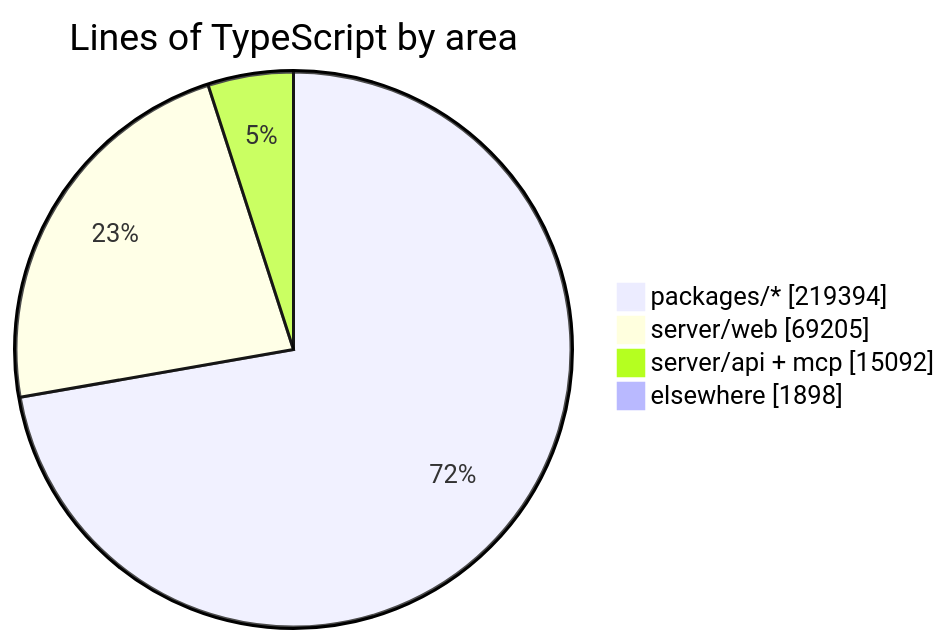
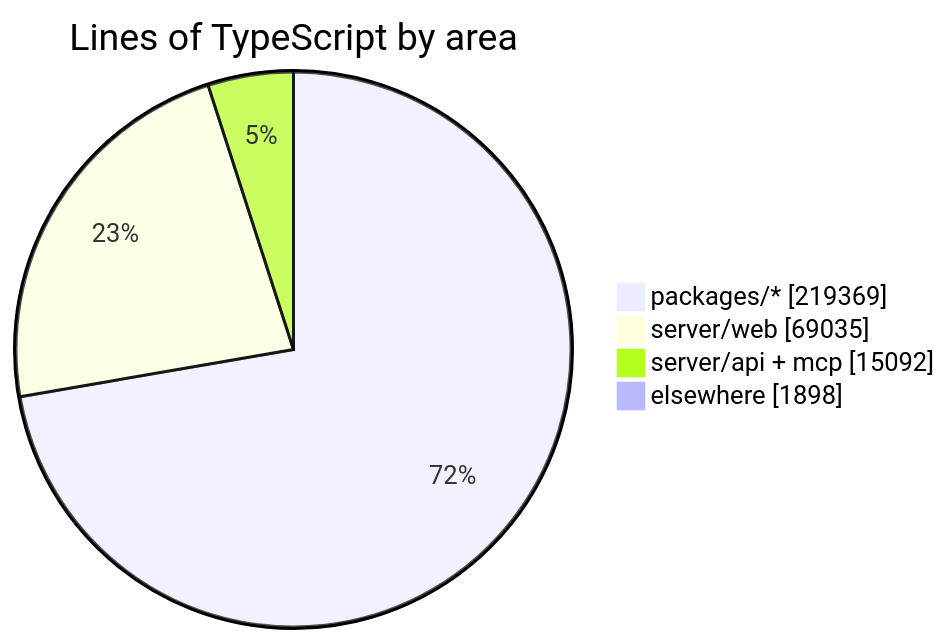
Before and after one commit to crossworks-engineering/mantle: the diagram in README.md, drawn with Mermaid. The commit also changed other lines of this file and 2 other files, not shown here.

````diff
--- a/README.md
+++ b/README.md
@@ -287,7 +287,7 @@
 ```mermaid
 pie showData title Lines of TypeScript by area
-    "packages/*" : 219394
-    "server/web" : 69205
+    "packages/*" : 219369
+    "server/web" : 69035
     "server/api + mcp" : 15092
     "elsewhere" : 1898
 ```
````
